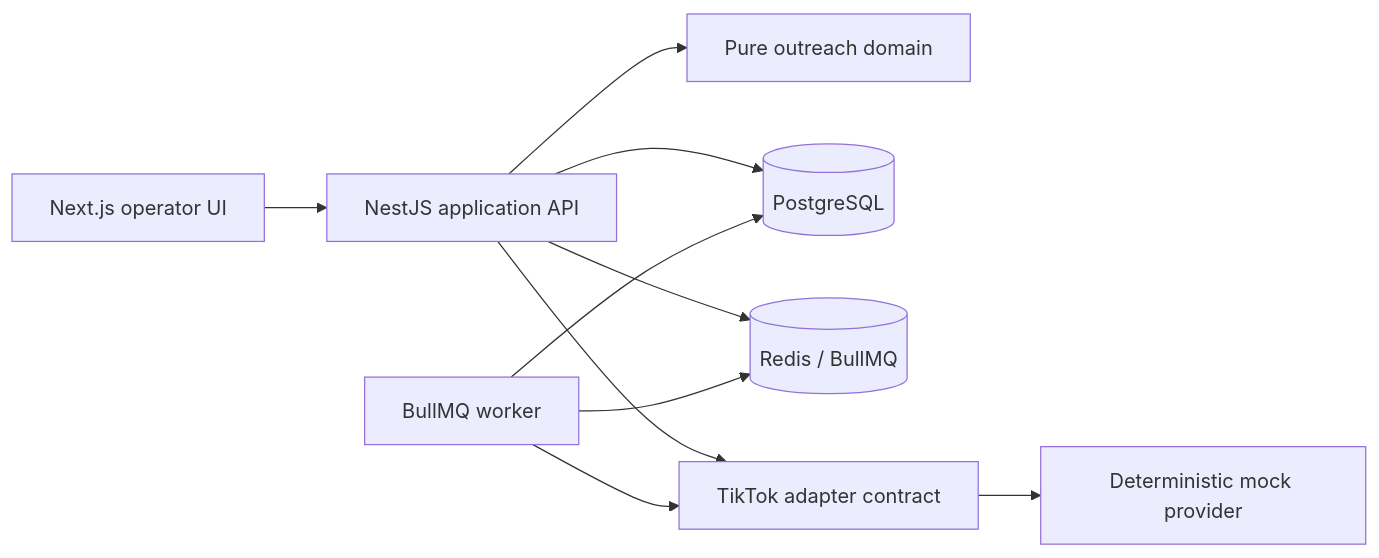
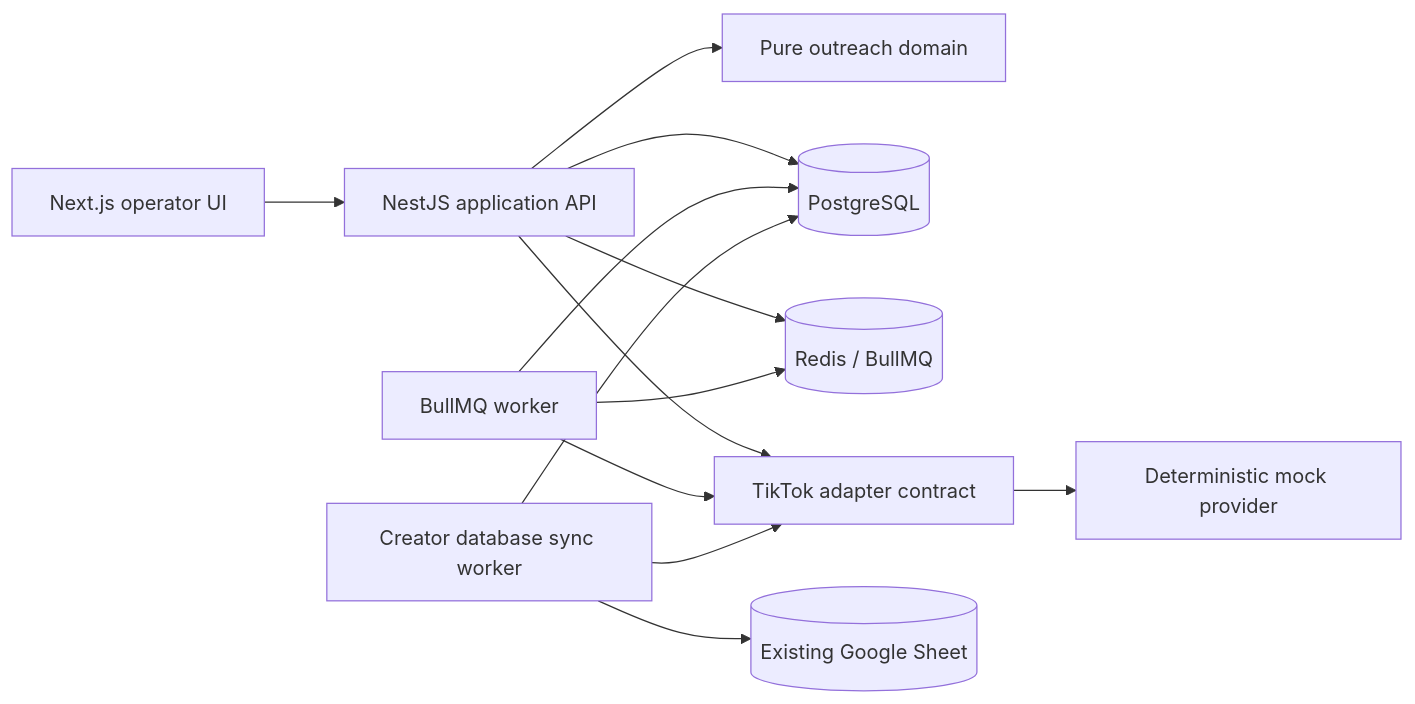
The diagram in docs/architecture.md (hlivestr-alt/tiktok-outreach), drawn with Mermaid before and after one commit. The commit also changed other lines of this file and 45 other files, not shown here.

Commit message:
Add persistent Creator Database sync

````diff
--- a/docs/architecture.md
+++ b/docs/architecture.md
@@ -5,12 +5,15 @@
 ```mermaid
 flowchart LR
   UI[Next.js operator UI] --> API[NestJS application API]
   API --> Domain[Pure outreach domain]
   API --> DB[(PostgreSQL)]
   API --> Queue[(Redis / BullMQ)]
   Worker[BullMQ worker] --> Queue
   Worker --> DB
   API --> Adapter[TikTok adapter contract]
   Worker --> Adapter
+  Sync[Creator database sync worker] --> Adapter
+  Sync --> DB
+  Sync --> Sheets[(Existing Google Sheet)]
   Adapter --> Mock[Deterministic mock provider]
 ```
````
